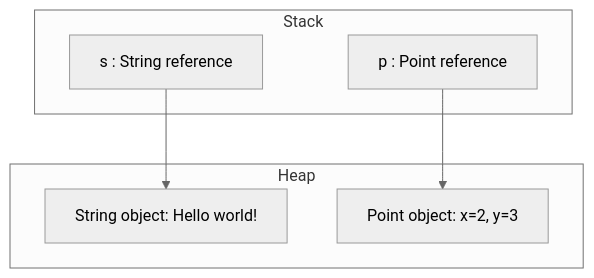
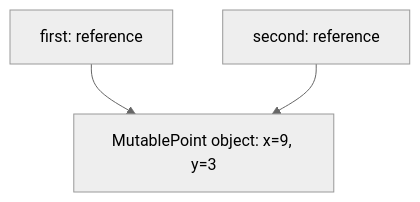
The first of 4 diagrams in slides/E2.1 - Java Basics.md (nbicocchi/learn-java-core), drawn with Mermaid (neutral theme) before and after one commit. The commit also changed other lines of this file and 23 other files, not shown here.

````diff
--- a/slides/E2.1 - Java Basics.md
+++ b/slides/E2.1 - Java Basics.md
@@ -305,18 +369,5 @@
 ```mermaid
 graph TD
-    %% Stack
-    subgraph Stack
-        s["s : String reference"]
-        p["p : Point reference"]
-    end
-
-    %% Heap
-    subgraph Heap
-        sObj["String object: Hello world!"]
-        pObj["Point object: x=2, y=3"]
-    end
-
-    %% References
-    s --> sObj
-    p --> pObj
+    first["first: reference"] --> point["MutablePoint object: x=9, y=3"]
+    second["second: reference"] --> point
 ```
````
